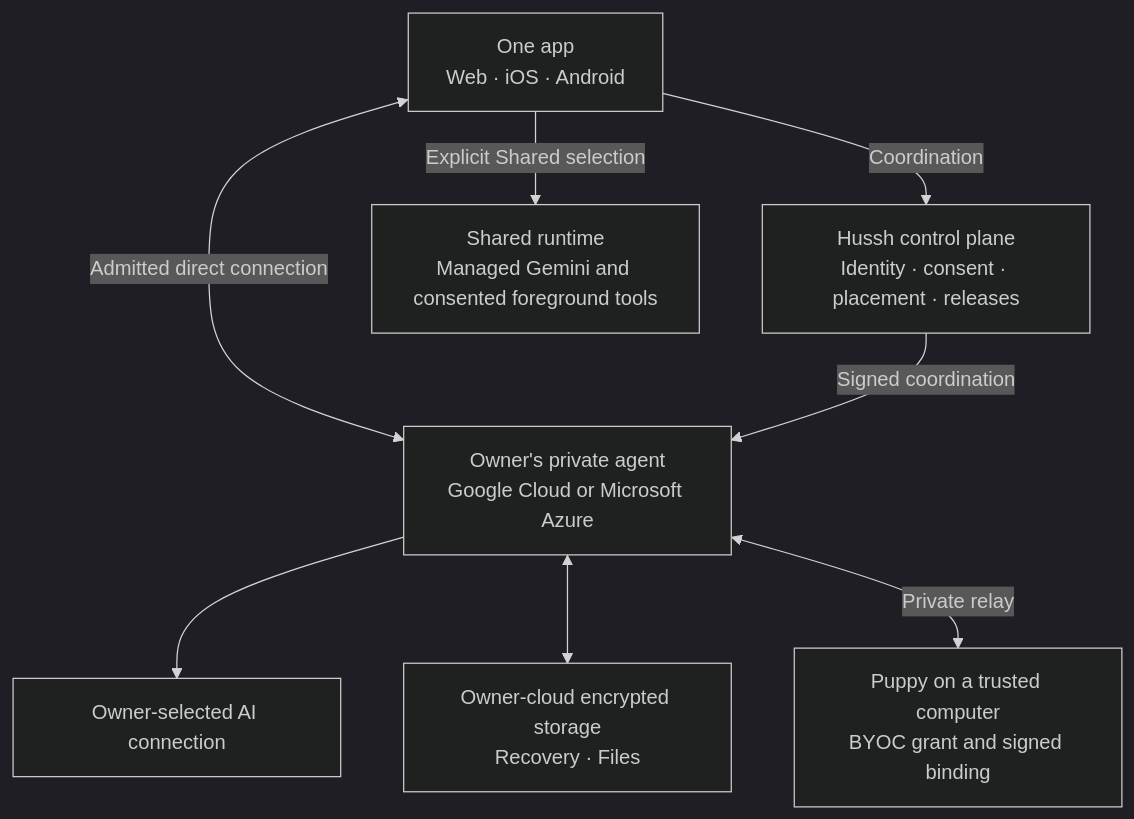
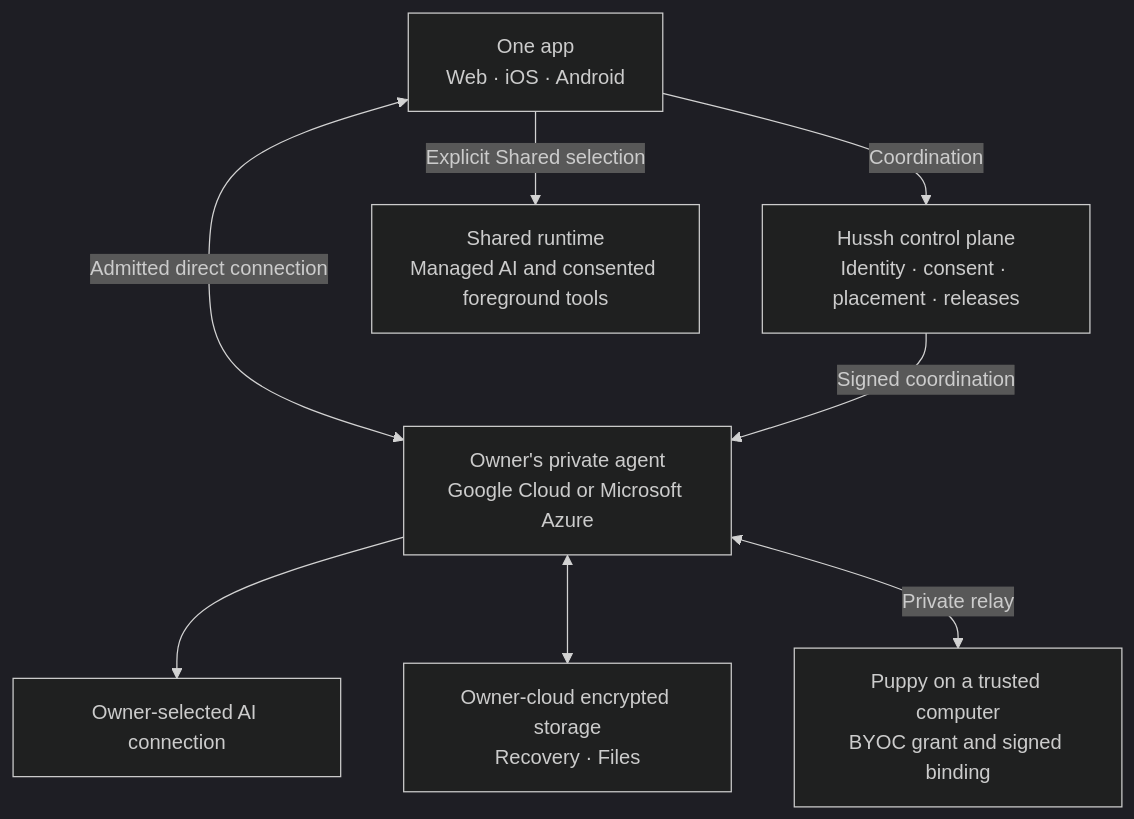
The diagram in README.md (hushh-labs/hushh-research), drawn with Mermaid (dark theme) before and after one commit. The commit also changed other lines of this file and 32 other files, not shown here.

````diff
--- a/README.md
+++ b/README.md
@@ -15,20 +38,20 @@
 ```mermaid
 flowchart TB
   accTitle: One platform and owner-cloud boundaries
   accDescr: The app uses the hub for coordination and admitted direct routes for a private agent. Shared is a separate selected runtime.
   app["One app<br/>Web · iOS · Android"]
   hub["Hussh control plane<br/>Identity · consent · placement · releases"]
-  shared["Shared runtime<br/>Managed Gemini and consented foreground tools"]
+  shared["Shared runtime<br/>Managed AI and consented foreground tools"]
   pod["Owner's private agent<br/>Google Cloud or Microsoft Azure"]
   ai["Owner-selected AI connection"]
   storage["Owner-cloud encrypted storage<br/>Recovery · Files"]
   puppy["Puppy on a trusted computer<br/>BYOC grant and signed binding"]
 
   app -->|Coordination| hub
   app -->|Explicit Shared selection| shared
   app <-->|Admitted direct connection| pod
   hub -->|Signed coordination| pod
   pod --> ai
   pod <--> storage
   pod <-->|Private relay| puppy
 ```
````
